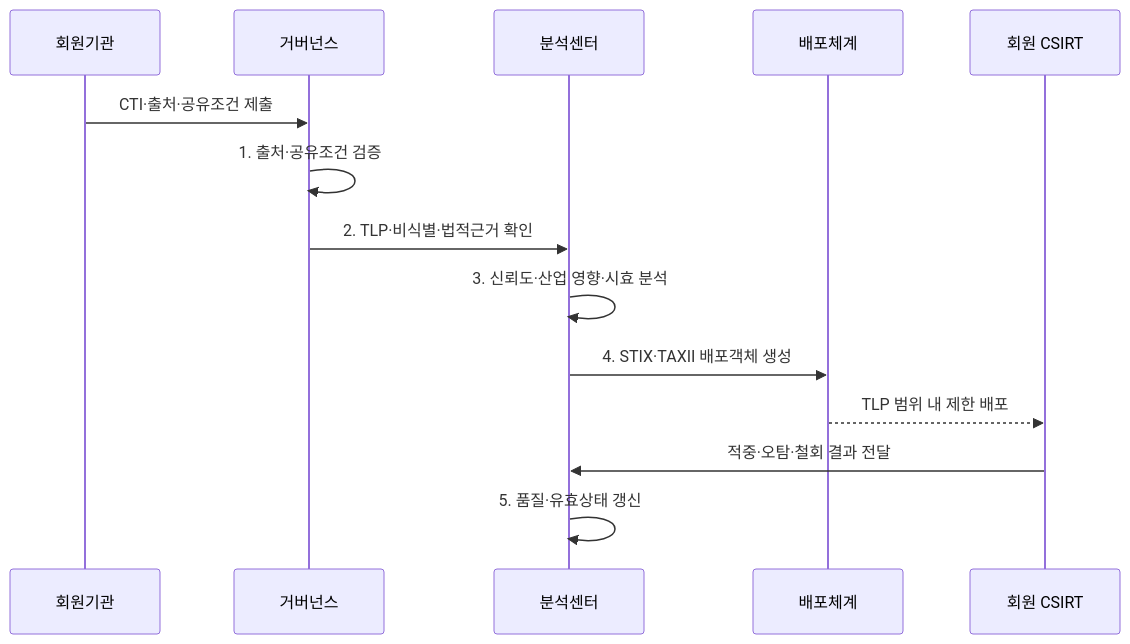
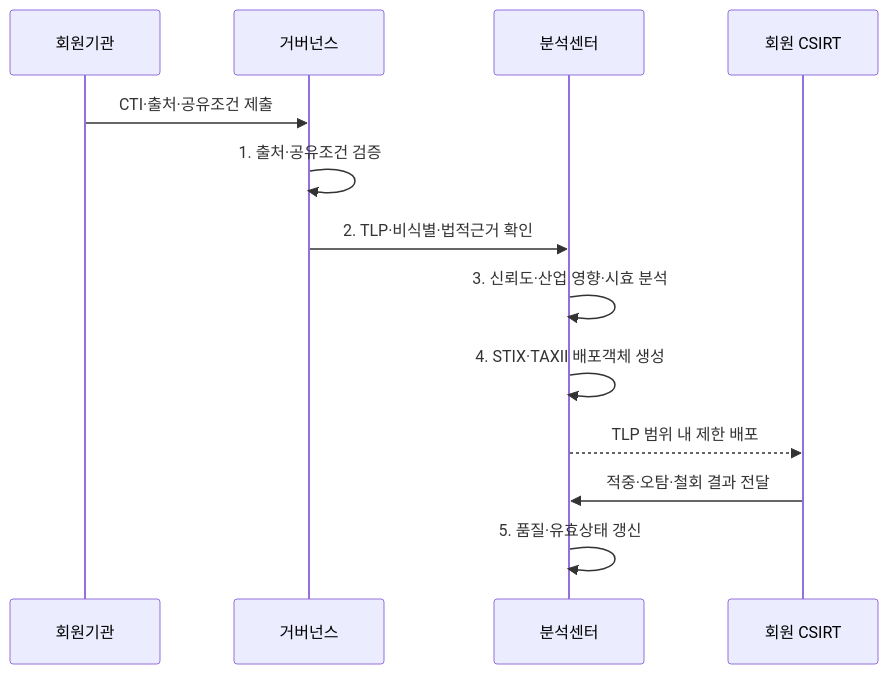
One commit to agnusdei1207/knowledge-base changed the second of 2 diagrams in src/content/docs/notes/05-security/143_isac.md. Above: the diagram before and after it, drawn with Mermaid. The commit also changed 5 other files, not shown here.

Commit message:
Simplify security architecture sequences

````diff
--- a/src/content/docs/notes/05-security/143_isac.md
+++ b/src/content/docs/notes/05-security/143_isac.md
@@ -98,16 +98,15 @@
 ```mermaid
 sequenceDiagram
   participant M as 회원기관
   participant G as 거버넌스
   participant A as 분석센터
-  participant D as 배포체계
   participant R as 회원 CSIRT
   M->>G: CTI·출처·공유조건 제출
   G->>G: 1. 출처·공유조건 검증
   G->>A: 2. TLP·비식별·법적근거 확인
   A->>A: 3. 신뢰도·산업 영향·시효 분석
-  A->>D: 4. STIX·TAXII 배포객체 생성
-  D-->>R: TLP 범위 내 제한 배포
+  A->>A: 4. STIX·TAXII 배포객체 생성
+  A-->>R: TLP 범위 내 제한 배포
   R->>A: 적중·오탐·철회 결과 전달
   A->>A: 5. 품질·유효상태 갱신
 ```
````
